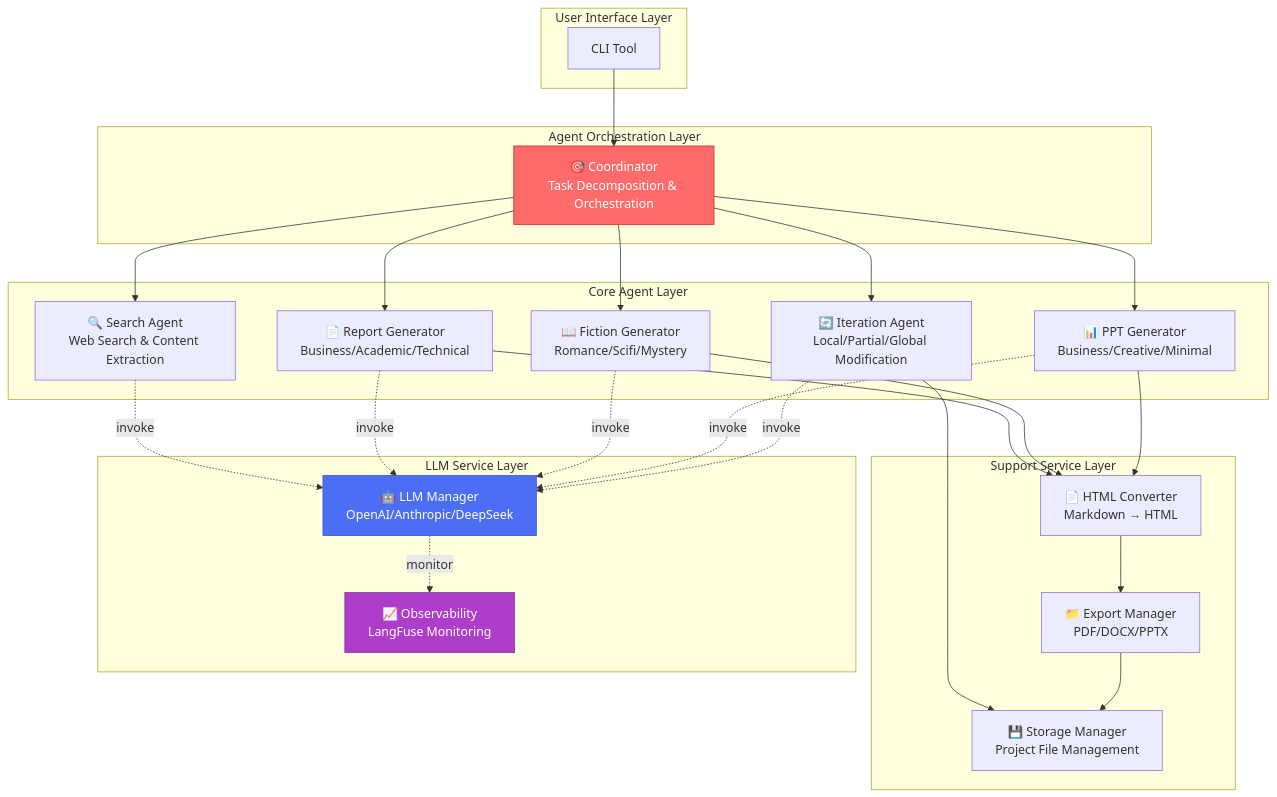
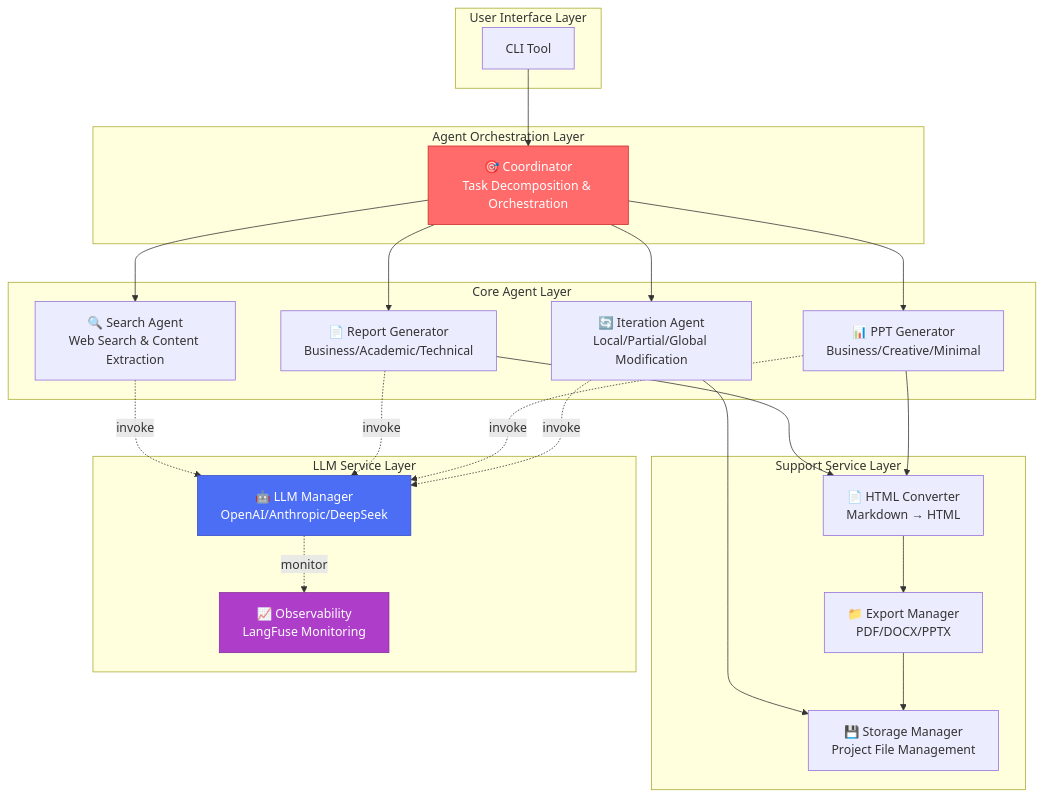
Before and after one commit to Iridescent0914/xunlong-pro: the diagram in docs/guide/architecture.md, drawn with Mermaid. The commit also changed other lines of this file and 106 other files, not shown here.

````diff
--- a/docs/guide/architecture.md
+++ b/docs/guide/architecture.md
@@ -7,57 +7,54 @@
 ```mermaid
 graph TB
     subgraph "User Interface Layer"
         CLI[CLI Tool]
     end
 
     subgraph "Agent Orchestration Layer"
         Coordinator[🎯 Coordinator<br/>Task Decomposition & Orchestration]
     end
 
     subgraph "Core Agent Layer"
         SearchAgent[🔍 Search Agent<br/>Web Search & Content Extraction]
         ReportAgent[📄 Report Generator<br/>Business/Academic/Technical]
-        FictionAgent[📖 Fiction Generator<br/>Romance/Scifi/Mystery]
+
         PPTAgent[📊 PPT Generator<br/>Business/Creative/Minimal]
         IterationAgent[🔄 Iteration Agent<br/>Local/Partial/Global Modification]
     end
 
     subgraph "Support Service Layer"
         HTMLConverter[📄 HTML Converter<br/>Markdown → HTML]
         ExportManager[📁 Export Manager<br/>PDF/DOCX/PPTX]
         StorageManager[💾 Storage Manager<br/>Project File Management]
     end
 
     subgraph "LLM Service Layer"
         LLMManager[🤖 LLM Manager<br/>OpenAI/Anthropic/DeepSeek]
         Observability[📈 Observability<br/>LangFuse Monitoring]
     end
 
     CLI --> Coordinator
     Coordinator --> SearchAgent
     Coordinator --> ReportAgent
-    Coordinator --> FictionAgent
     Coordinator --> PPTAgent
     Coordinator --> IterationAgent
 
     ReportAgent --> HTMLConverter
-    FictionAgent --> HTMLConverter
     PPTAgent --> HTMLConverter
 
     HTMLConverter --> ExportManager
     IterationAgent --> StorageManager
 
     SearchAgent -.invoke.-> LLMManager
     ReportAgent -.invoke.-> LLMManager
-    FictionAgent -.invoke.-> LLMManager
     PPTAgent -.invoke.-> LLMManager
     IterationAgent -.invoke.-> LLMManager
 
     LLMManager -.monitor.-> Observability
 
     ExportManager --> StorageManager
 
     style Coordinator fill:#ff6b6b,stroke:#c92a2a,color:#fff
     style LLMManager fill:#4c6ef5,stroke:#364fc7,color:#fff
     style Observability fill:#ae3ec9,stroke:#862e9c,color:#fff
 ```
````
